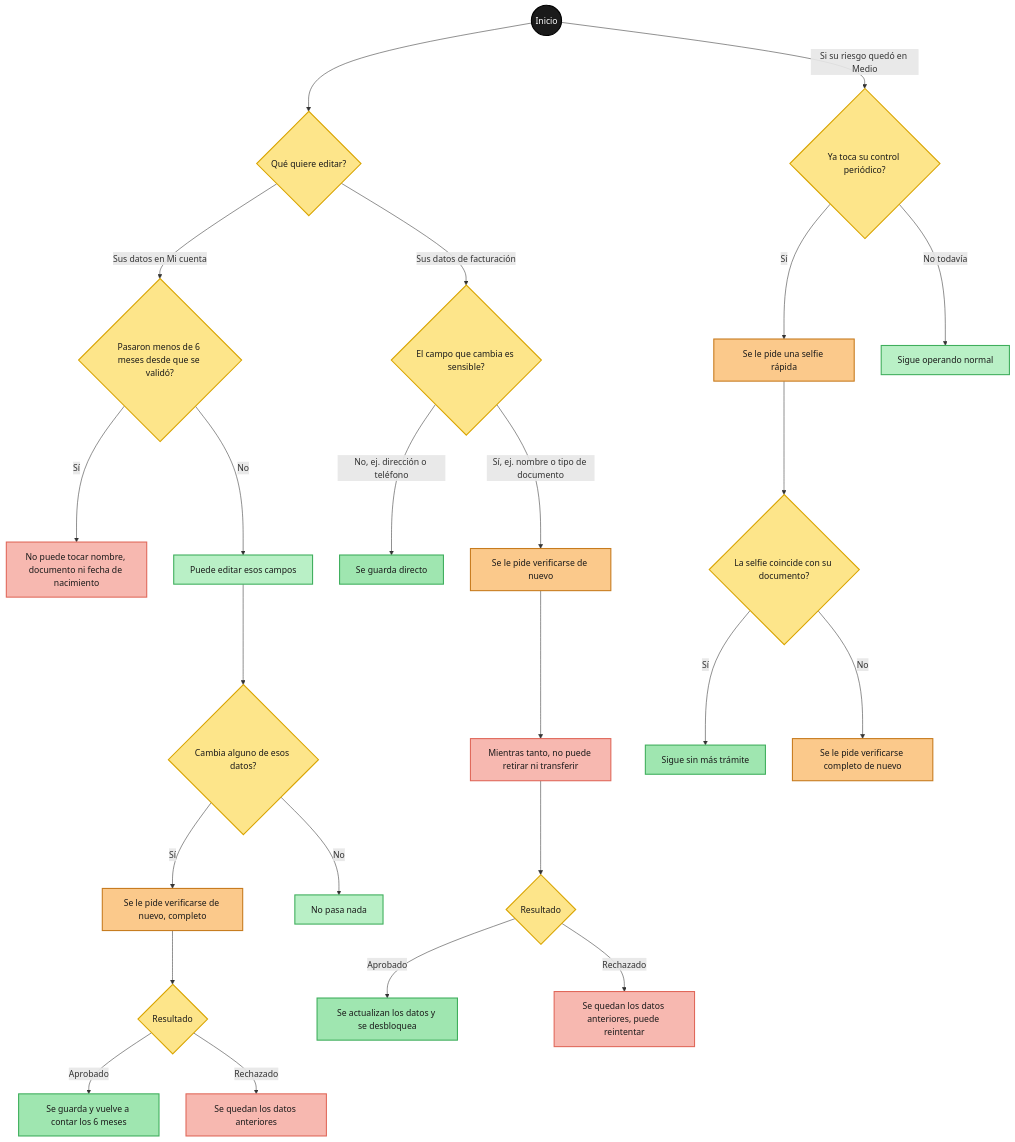
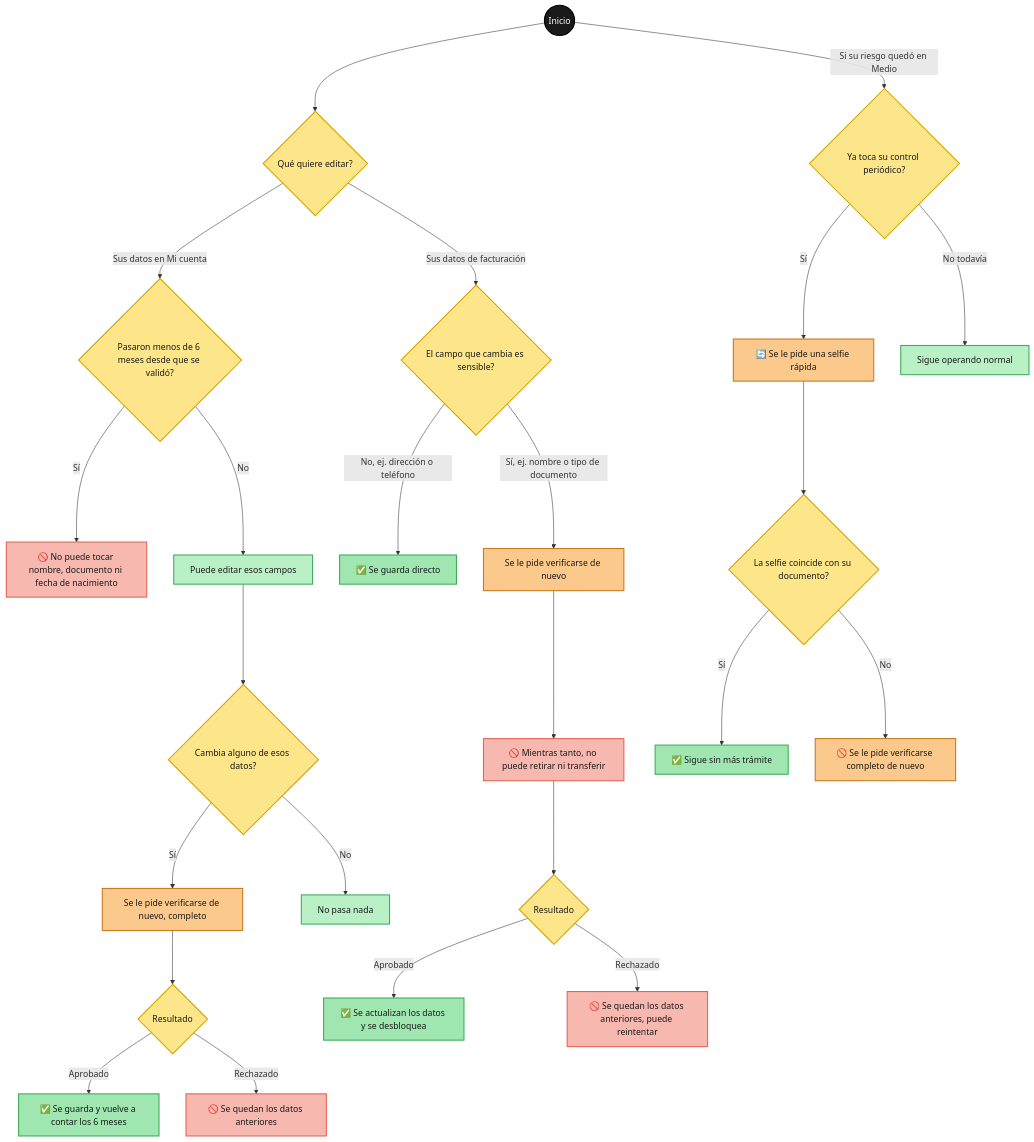
One commit to catalinagiraldo-gif/validacion-identidad changed diagram 12 of 12 in docs/validacion/Plan2.md. Above: the diagram before and after it, drawn with Mermaid. The commit also changed other lines of this file and 20 other files, not shown here.

````diff
--- a/docs/validacion/Plan2.md
+++ b/docs/validacion/Plan2.md
@@ -1151,43 +1225,43 @@
 ```mermaid
 flowchart TD
     classDef inicioFin fill:#1a1a1a,stroke:#000000,color:#ffffff,stroke-width:2px
     classDef pantalla fill:#b9f0c6,stroke:#3fae5c,color:#1a1a1a,stroke-width:2px
     classDef pantallaNueva fill:#fbc98b,stroke:#c77b1e,color:#1a1a1a,stroke-width:2px
     classDef decision fill:#fde58a,stroke:#d9a400,color:#1a1a1a,stroke-width:2px
     classDef si fill:#9fe6b0,stroke:#3fae5c,color:#1a1a1a,stroke-width:2px
     classDef no fill:#f7b8b0,stroke:#e0685a,color:#1a1a1a,stroke-width:2px
 
     START((Inicio)) --> WHICH{Qué quiere editar?}
 
     WHICH -->|Sus datos en Mi cuenta| RN11{Pasaron menos de 6 meses desde que se validó?}
-    RN11 -->|Sí| LOCKED[No puede tocar nombre, documento ni fecha de nacimiento]
+    RN11 -->|Sí| LOCKED[🚫 No puede tocar nombre, documento ni fecha de nacimiento]
     RN11 -->|No| UNLOCKED[Puede editar esos campos]
     UNLOCKED --> EDITOWNER{Cambia alguno de esos datos?}
     EDITOWNER -->|Sí| REVALFULL[Se le pide verificarse de nuevo, completo]
     REVALFULL --> REVALFULLRESULT{Resultado}
-    REVALFULLRESULT -->|Aprobado| SAVEDOWNER[Se guarda y vuelve a contar los 6 meses]
-    REVALFULLRESULT -->|Rechazado| KEEPOLDOWNER[Se quedan los datos anteriores]
+    REVALFULLRESULT -->|Aprobado| SAVEDOWNER[✅ Se guarda y vuelve a contar los 6 meses]
+    REVALFULLRESULT -->|Rechazado| KEEPOLDOWNER[🚫 Se quedan los datos anteriores]
     EDITOWNER -->|No| NOCHANGE[No pasa nada]
 
     WHICH -->|Sus datos de facturación| RN1415{El campo que cambia es sensible?}
-    RN1415 -->|No, ej. dirección o teléfono| SAVEDIRECT[Se guarda directo]
+    RN1415 -->|No, ej. dirección o teléfono| SAVEDIRECT[✅ Se guarda directo]
     RN1415 -->|Sí, ej. nombre o tipo de documento| REVALSENS[Se le pide verificarse de nuevo]
-    REVALSENS --> BLOCKFIN[Mientras tanto, no puede retirar ni transferir]
+    REVALSENS --> BLOCKFIN[🚫 Mientras tanto, no puede retirar ni transferir]
     BLOCKFIN --> REVALRESULT{Resultado}
-    REVALRESULT -->|Aprobado| UPDATED[Se actualizan los datos y se desbloquea]
-    REVALRESULT -->|Rechazado| KEEPOLD[Se quedan los datos anteriores, puede reintentar]
+    REVALRESULT -->|Aprobado| UPDATED[✅ Se actualizan los datos y se desbloquea]
+    REVALRESULT -->|Rechazado| KEEPOLD[🚫 Se quedan los datos anteriores, puede reintentar]
 
     START -->|Si su riesgo quedó en Medio| RN10{Ya toca su control periódico?}
-    RN10 -->|Sí| MICRO[Se le pide una selfie rápida]
+    RN10 -->|Sí| MICRO[🔄 Se le pide una selfie rápida]
     RN10 -->|No todavía| WAITMONITOR[Sigue operando normal]
     MICRO --> MICRORESULT{La selfie coincide con su documento?}
-    MICRORESULT -->|Sí| CONTINUEOK[Sigue sin más trámite]
-    MICRORESULT -->|No| ESCALATE[Se le pide verificarse completo de nuevo]
+    MICRORESULT -->|Sí| CONTINUEOK[✅ Sigue sin más trámite]
+    MICRORESULT -->|No| ESCALATE[🚫 Se le pide verificarse completo de nuevo]
 
     class START inicioFin
     class WHICH,RN11,EDITOWNER,REVALFULLRESULT,RN1415,REVALRESULT,RN10,MICRORESULT decision
     class UNLOCKED,NOCHANGE,WAITMONITOR pantalla
     class REVALFULL,REVALSENS,MICRO,ESCALATE pantallaNueva
     class SAVEDOWNER,SAVEDIRECT,UPDATED,CONTINUEOK si
     class LOCKED,KEEPOLDOWNER,BLOCKFIN,KEEPOLD no
 ```
````
